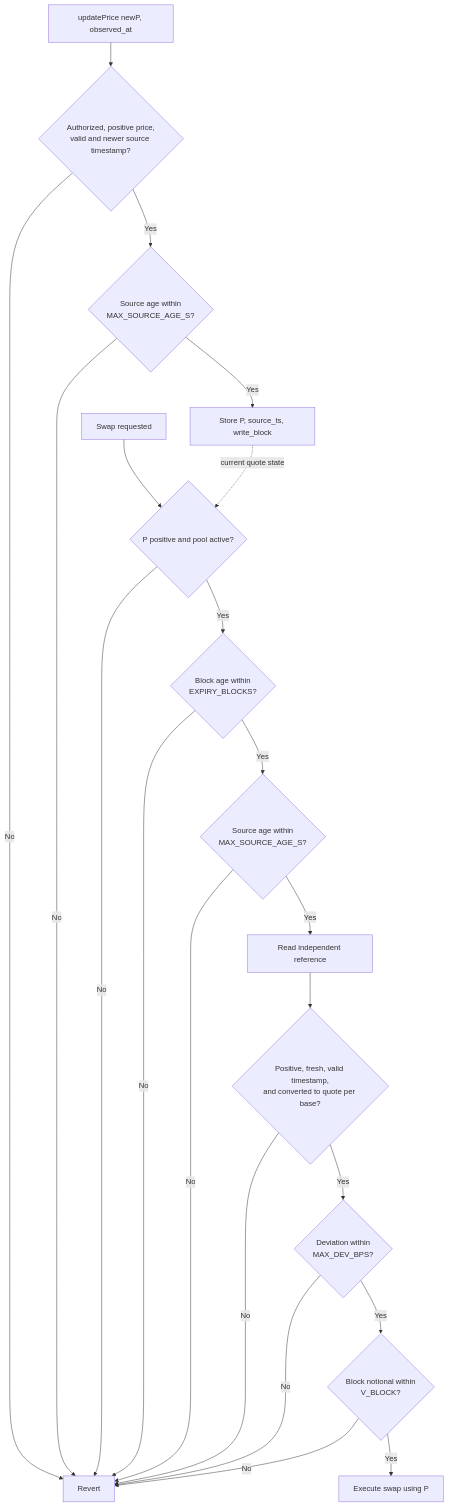
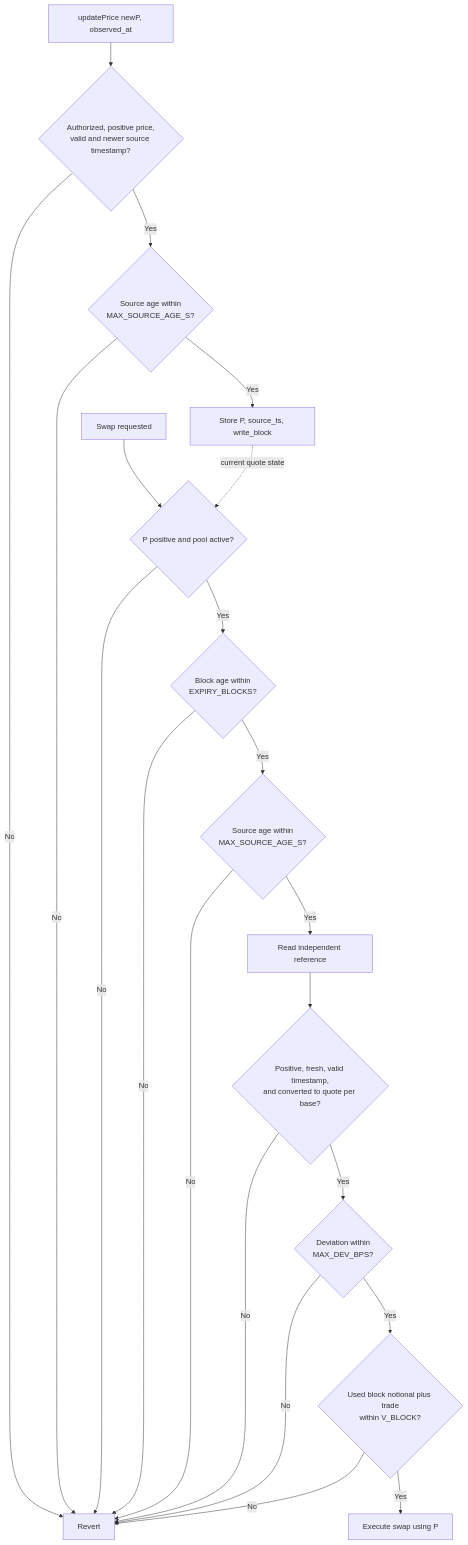
One commit to JOYHSU-QUANT/propamm-takehome changed the second of 2 diagrams in part3_arb_defence/DEFENCE.md. Above: the diagram before and after it, drawn with Mermaid. The commit also changed other lines of this file, not shown here.

Commit message:
Document defence constants and block limit

````diff
--- a/part3_arb_defence/DEFENCE.md
+++ b/part3_arb_defence/DEFENCE.md
@@ -178,24 +196,24 @@
 ```mermaid
 flowchart TD
     Update[updatePrice newP, observed_at] --> ValidUpdate{"Authorized, positive price,<br/>valid and newer source timestamp?"}
     ValidUpdate -->|No| Revert[Revert]
     ValidUpdate -->|Yes| FreshUpdate{"Source age within<br/>MAX_SOURCE_AGE_S?"}
     FreshUpdate -->|No| Revert
     FreshUpdate -->|Yes| Store[Store P, source_ts, write_block]
 
     Swap[Swap requested] --> Live{"P positive and pool active?"}
     Store -.->|current quote state| Live
     Live -->|No| Revert
     Live -->|Yes| BlockAge{"Block age within<br/>EXPIRY_BLOCKS?"}
     BlockAge -->|No| Revert
     BlockAge -->|Yes| SourceAge{"Source age within<br/>MAX_SOURCE_AGE_S?"}
     SourceAge -->|No| Revert
     SourceAge -->|Yes| Ref[Read independent reference]
     Ref --> ValidRef{"Positive, fresh, valid timestamp,<br/>and converted to quote per base?"}
     ValidRef -->|No| Revert
     ValidRef -->|Yes| Deviation{"Deviation within<br/>MAX_DEV_BPS?"}
     Deviation -->|No| Revert
-    Deviation -->|Yes| Budget{"Block notional within<br/>V_BLOCK?"}
+    Deviation -->|Yes| Budget{"Used block notional plus trade<br/>within V_BLOCK?"}
     Budget -->|No| Revert
     Budget -->|Yes| Execute[Execute swap using P]
 ```
````
